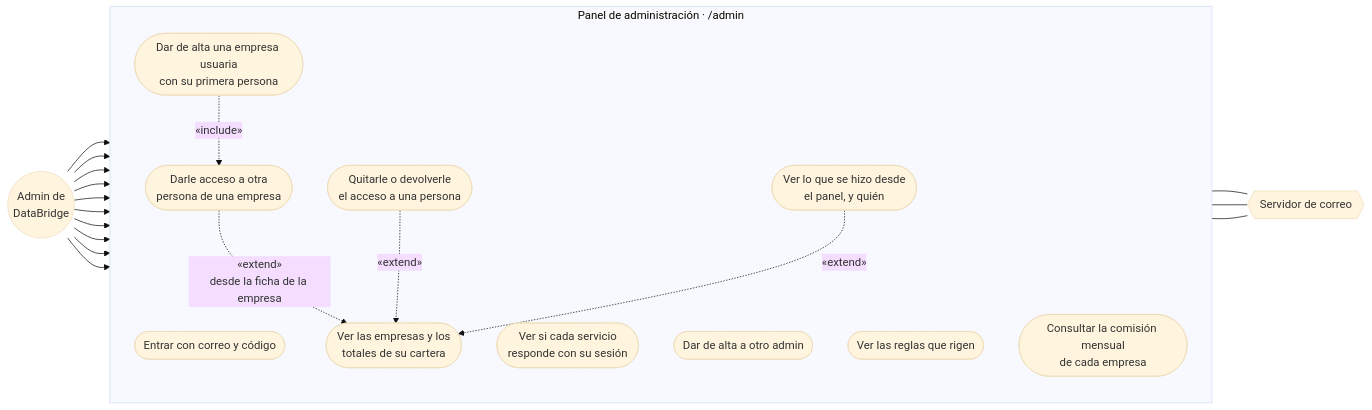
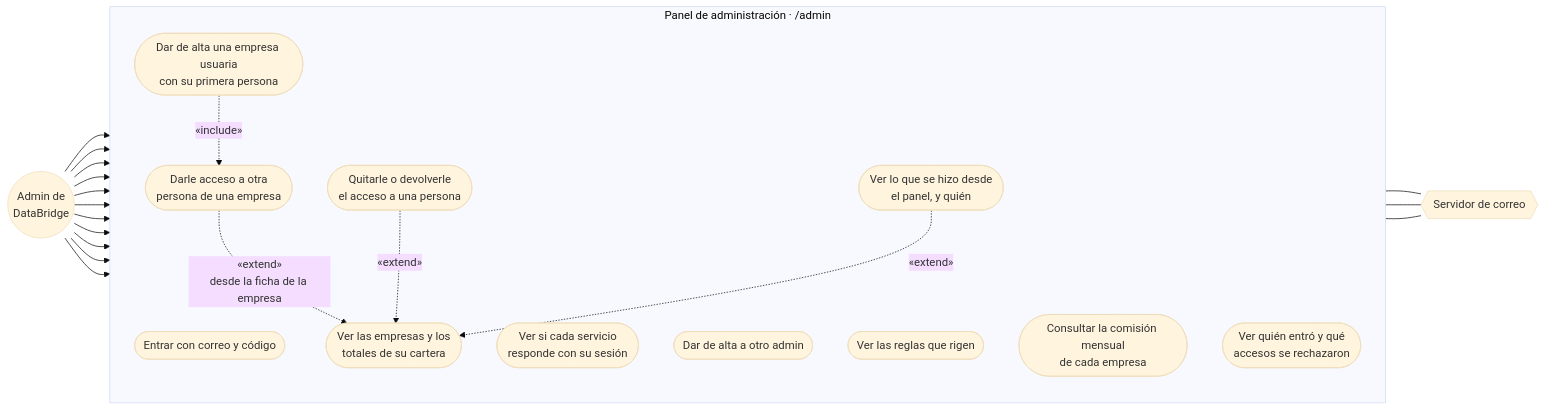
One commit to TechnicalBridge/DataBridge changed diagram 11 of 32 in README.md. Above: the diagram before and after it, drawn with Mermaid (base theme). The commit also changed other lines of this file and 16 other files, not shown here.

````diff
--- a/README.md
+++ b/README.md
@@ -1691,26 +1695,27 @@
 ```mermaid
 flowchart LR
     ADM(("Admin de<br/>DataBridge"))
     subgraph PAN["Panel de administración · /admin"]
         direction TB
         A1(["Entrar con correo y código"])
         A2(["Ver si cada servicio<br/>responde con su sesión"])
         A3(["Ver las empresas y los<br/>totales de su cartera"])
         A4(["Dar de alta una empresa usuaria<br/>con su primera persona"])
         A5(["Darle acceso a otra<br/>persona de una empresa"])
         A6(["Quitarle o devolverle<br/>el acceso a una persona"])
         A7(["Dar de alta a otro admin"])
         A8(["Ver lo que se hizo desde<br/>el panel, y quién"])
         A9(["Ver las reglas que rigen"])
         A10(["Consultar la comisión mensual<br/>de cada empresa"])
+        A11(["Ver quién entró y qué<br/>accesos se rechazaron"])
     end
     COR{{"Servidor de correo"}}
-    ADM --> A1 & A2 & A3 & A4 & A5 & A6 & A7 & A8 & A9 & A10
+    ADM --> A1 & A2 & A3 & A4 & A5 & A6 & A7 & A8 & A9 & A10 & A11
     A4 -. "«include»" .-> A5
     A5 -. "«extend»<br/>desde la ficha de la empresa" .-> A3
     A6 -. "«extend»" .-> A3
     A8 -. "«extend»" .-> A3
     A1 --- COR
     A5 --- COR
     A7 --- COR
 ```
````
